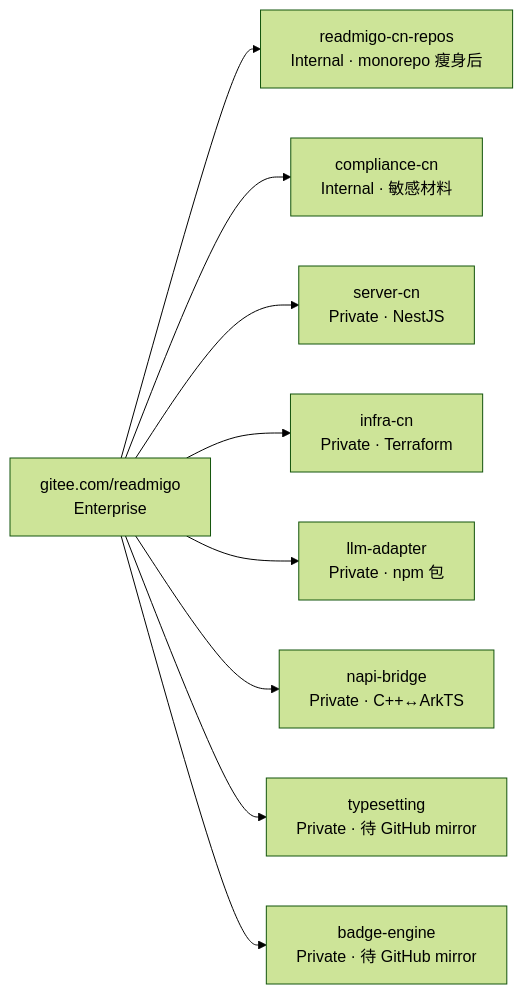
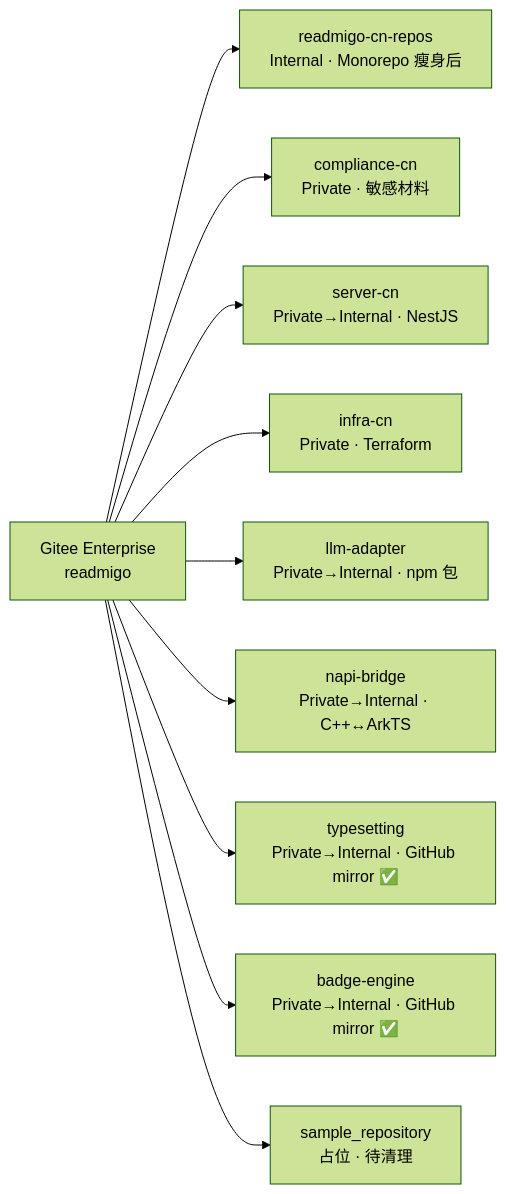
One commit to readmigo-cn/readmigo-cn-repos changed the diagram in docs/40-gitee-repo-structure.md. Above: the diagram before and after it, drawn with Mermaid (forest theme). The commit also changed other lines of this file, not shown here.

First line of the commit message:
docs(40-gitee-repo-structure): 落地 W25 进展 + 阶段 B/C 完整剧本

````diff
--- a/docs/40-gitee-repo-structure.md
+++ b/docs/40-gitee-repo-structure.md
@@ -41,11 +42,12 @@
 ```mermaid
 graph LR
-  Ent["gitee.com/readmigo<br/>Enterprise"] --> Mono["readmigo-cn-repos<br/>Internal · monorepo 瘦身后"]
-  Ent --> Comp["compliance-cn<br/>Internal · 敏感材料"]
-  Ent --> Server["server-cn<br/>Private · NestJS"]
+  Ent["Gitee Enterprise<br/>readmigo"] --> Mono["readmigo-cn-repos<br/>Internal · Monorepo 瘦身后"]
+  Ent --> Comp["compliance-cn<br/>Private · 敏感材料"]
+  Ent --> Server["server-cn<br/>Private→Internal · NestJS"]
   Ent --> Infra["infra-cn<br/>Private · Terraform"]
-  Ent --> LLM["llm-adapter<br/>Private · npm 包"]
-  Ent --> Napi["napi-bridge<br/>Private · C++↔ArkTS"]
-  Ent --> TS["typesetting<br/>Private · 待 GitHub mirror"]
-  Ent --> BE["badge-engine<br/>Private · 待 GitHub mirror"]
+  Ent --> LLM["llm-adapter<br/>Private→Internal · npm 包"]
+  Ent --> Napi["napi-bridge<br/>Private→Internal · C++↔ArkTS"]
+  Ent --> TS["typesetting<br/>Private→Internal · GitHub mirror ✅"]
+  Ent --> BE["badge-engine<br/>Private→Internal · GitHub mirror ✅"]
+  Ent --> Sample["sample_repository<br/>占位 · 待清理"]
 ```
````
